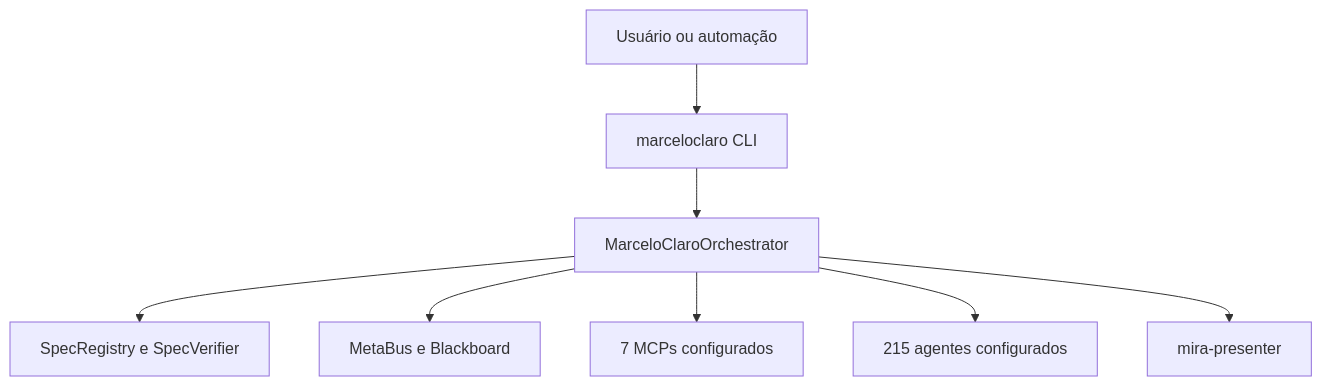
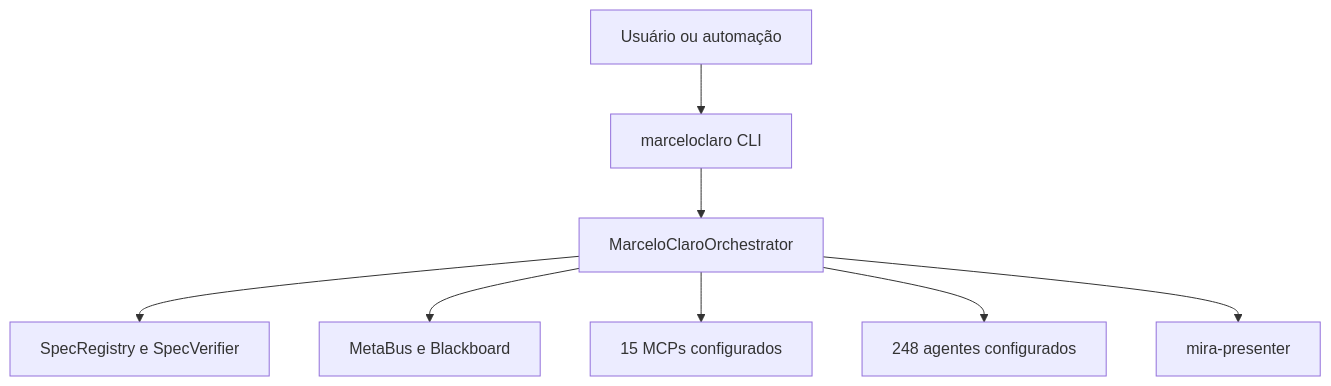
The first of 2 diagrams in ARCHITECTURE.md (MarceloClaro/opencode-ecosystem-core), drawn with Mermaid before and after one commit. The commit also changed other lines of this file and 20 other files, not shown here.

````diff
--- a/ARCHITECTURE.md
+++ b/ARCHITECTURE.md
@@ -29,10 +33,10 @@
 ```mermaid
 graph TD
     Usuario[Usuário ou automação] --> CLI[marceloclaro CLI]
     CLI --> Orquestrador[MarceloClaroOrchestrator]
     Orquestrador --> SDD[SpecRegistry e SpecVerifier]
     Orquestrador --> MCI[MetaBus e Blackboard]
-    Orquestrador --> MCP[7 MCPs configurados]
-    Orquestrador --> Agentes[215 agentes configurados]
+    Orquestrador --> MCP[15 MCPs configurados]
+    Orquestrador --> Agentes[248 agentes configurados]
     Orquestrador --> MIRA[mira-presenter]
 ```
````
